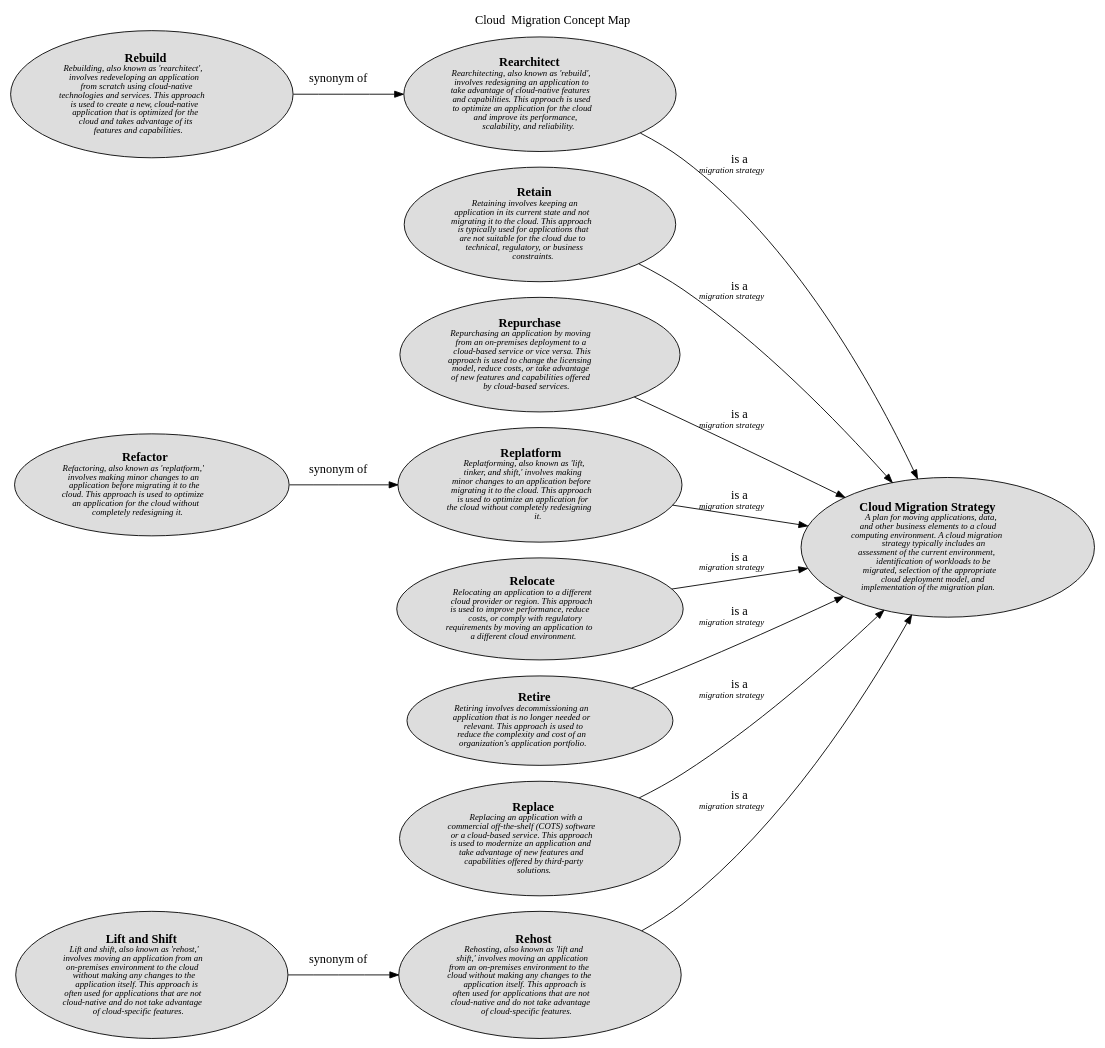
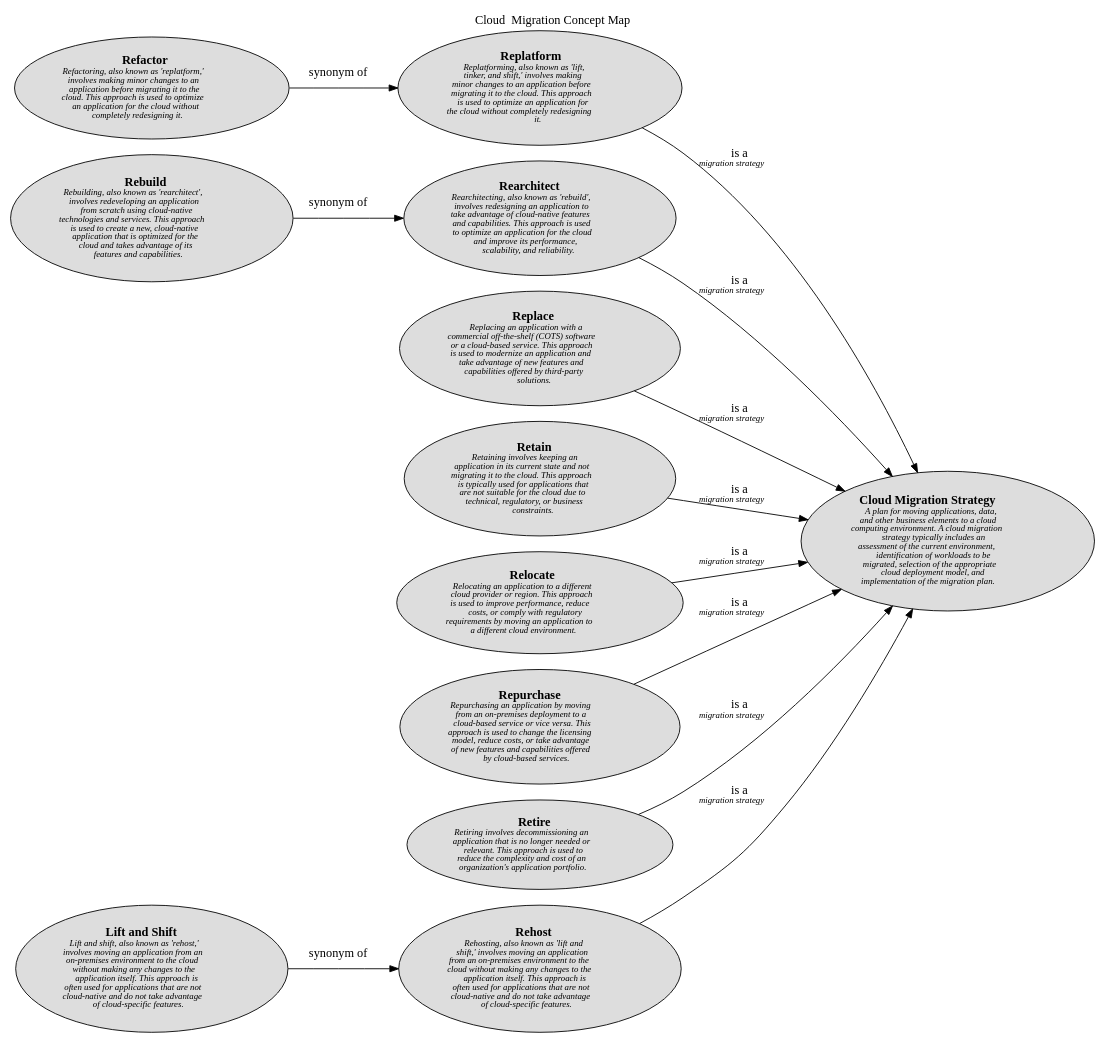
The diagram in docs/software-development/cloud/migration/concept-view.dot (lsolbach/overarch-models), drawn with Graphviz before and after one commit. The commit also changed other lines of this file and 129 other files, not shown here.

```diff
--- a/docs/software-development/cloud/migration/concept-view.dot
+++ b/docs/software-development/cloud/migration/concept-view.dot
@@ -1,34 +1,34 @@
 digraph "Cloud  Migration Concept Map" {
   labelloc= "t"
   label="Cloud  Migration Concept Map"
   rankdir="LR"
 
   layout=dot
+software_development_cloud_migration__refactor [shape=ellipse style=filled fillcolor="#dddddd" label=<<B>Refactor</B><BR/><FONT POINT-SIZE="10"><I>Refactoring, also known as &apos;replatform,&apos;<BR/>involves making minor changes to an<BR/>application before migrating it to the<BR/>cloud. This approach is used to optimize<BR/>an application for the cloud without<BR/>completely redesigning it. </I></FONT>>]
+software_development_cloud_migration__replatform [shape=ellipse style=filled fillcolor="#dddddd" label=<<B>Replatform</B><BR/><FONT POINT-SIZE="10"><I>Replatforming, also known as &apos;lift,<BR/>tinker, and shift,&apos; involves making<BR/>minor changes to an application before<BR/>migrating it to the cloud. This approach<BR/>is used to optimize an application for<BR/>the cloud without completely redesigning<BR/>it. </I></FONT>>]
+software_development_cloud_migration__rebuild [shape=ellipse style=filled fillcolor="#dddddd" label=<<B>Rebuild</B><BR/><FONT POINT-SIZE="10"><I>Rebuilding, also known as &apos;rearchitect&apos;,<BR/>involves redeveloping an application<BR/>from scratch using cloud-native<BR/>technologies and services. This approach<BR/>is used to create a new, cloud-native<BR/>application that is optimized for the<BR/>cloud and takes advantage of its<BR/>features and capabilities. </I></FONT>>]
+software_development_cloud_migration__rearchitect [shape=ellipse style=filled fillcolor="#dddddd" label=<<B>Rearchitect</B><BR/><FONT POINT-SIZE="10"><I>Rearchitecting, also known as &apos;rebuild&apos;,<BR/>involves redesigning an application to<BR/>take advantage of cloud-native features<BR/>and capabilities. This approach is used<BR/>to optimize an application for the cloud<BR/>and improve its performance,<BR/>scalability, and reliability. </I></FONT>>]
+software_development_cloud_migration__replace [shape=ellipse style=filled fillcolor="#dddddd" label=<<B>Replace</B><BR/><FONT POINT-SIZE="10"><I>Replacing an application with a<BR/>commercial off-the-shelf (COTS) software<BR/>or a cloud-based service. This approach<BR/>is used to modernize an application and<BR/>take advantage of new features and<BR/>capabilities offered by third-party<BR/>solutions. </I></FONT>>]
+software_development_cloud_migration__retain [shape=ellipse style=filled fillcolor="#dddddd" label=<<B>Retain</B><BR/><FONT POINT-SIZE="10"><I>Retaining involves keeping an<BR/>application in its current state and not<BR/>migrating it to the cloud. This approach<BR/>is typically used for applications that<BR/>are not suitable for the cloud due to<BR/>technical, regulatory, or business<BR/>constraints. </I></FONT>>]
+software_development_cloud_migration__relocate [shape=ellipse style=filled fillcolor="#dddddd" label=<<B>Relocate</B><BR/><FONT POINT-SIZE="10"><I>Relocating an application to a different<BR/>cloud provider or region. This approach<BR/>is used to improve performance, reduce<BR/>costs, or comply with regulatory<BR/>requirements by moving an application to<BR/>a different cloud environment. </I></FONT>>]
+software_development_cloud_migration__lift_and_shift [shape=ellipse style=filled fillcolor="#dddddd" label=<<B>Lift and Shift</B><BR/><FONT POINT-SIZE="10"><I>Lift and shift, also known as &apos;rehost,&apos;<BR/>involves moving an application from an<BR/>on-premises environment to the cloud<BR/>without making any changes to the<BR/>application itself. This approach is<BR/>often used for applications that are not<BR/>cloud-native and do not take advantage<BR/>of cloud-specific features. </I></FONT>>]
+software_development_cloud_migration__repurchase [shape=ellipse style=filled fillcolor="#dddddd" label=<<B>Repurchase</B><BR/><FONT POINT-SIZE="10"><I>Repurchasing an application by moving<BR/>from an on-premises deployment to a<BR/>cloud-based service or vice versa. This<BR/>approach is used to change the licensing<BR/>model, reduce costs, or take advantage<BR/>of new features and capabilities offered<BR/>by cloud-based services. </I></FONT>>]
+software_development_cloud_migration__retire [shape=ellipse style=filled fillcolor="#dddddd" label=<<B>Retire</B><BR/><FONT POINT-SIZE="10"><I>Retiring involves decommissioning an<BR/>application that is no longer needed or<BR/>relevant. This approach is used to<BR/>reduce the complexity and cost of an<BR/>organization&apos;s application portfolio. </I></FONT>>]
 software_development_cloud_migration__rehost [shape=ellipse style=filled fillcolor="#dddddd" label=<<B>Rehost</B><BR/><FONT POINT-SIZE="10"><I>Rehosting, also known as &apos;lift and<BR/>shift,&apos; involves moving an application<BR/>from an on-premises environment to the<BR/>cloud without making any changes to the<BR/>application itself. This approach is<BR/>often used for applications that are not<BR/>cloud-native and do not take advantage<BR/>of cloud-specific features. </I></FONT>>]
-software_development_cloud_migration__rearchitect [shape=ellipse style=filled fillcolor="#dddddd" label=<<B>Rearchitect</B><BR/><FONT POINT-SIZE="10"><I>Rearchitecting, also known as &apos;rebuild&apos;,<BR/>involves redesigning an application to<BR/>take advantage of cloud-native features<BR/>and capabilities. This approach is used<BR/>to optimize an application for the cloud<BR/>and improve its performance,<BR/>scalability, and reliability. </I></FONT>>]
-software_development_cloud_migration__lift_and_shift [shape=ellipse style=filled fillcolor="#dddddd" label=<<B>Lift and Shift</B><BR/><FONT POINT-SIZE="10"><I>Lift and shift, also known as &apos;rehost,&apos;<BR/>involves moving an application from an<BR/>on-premises environment to the cloud<BR/>without making any changes to the<BR/>application itself. This approach is<BR/>often used for applications that are not<BR/>cloud-native and do not take advantage<BR/>of cloud-specific features. </I></FONT>>]
-software_development_cloud_migration__rebuild [shape=ellipse style=filled fillcolor="#dddddd" label=<<B>Rebuild</B><BR/><FONT POINT-SIZE="10"><I>Rebuilding, also known as &apos;rearchitect&apos;,<BR/>involves redeveloping an application<BR/>from scratch using cloud-native<BR/>technologies and services. This approach<BR/>is used to create a new, cloud-native<BR/>application that is optimized for the<BR/>cloud and takes advantage of its<BR/>features and capabilities. </I></FONT>>]
 software_development_cloud__cloud_migration_strategy [shape=ellipse style=filled fillcolor="#dddddd" label=<<B>Cloud Migration Strategy</B><BR/><FONT POINT-SIZE="10"><I>A plan for moving applications, data,<BR/>and other business elements to a cloud<BR/>computing environment. A cloud migration<BR/>strategy typically includes an<BR/>assessment of the current environment,<BR/>identification of workloads to be<BR/>migrated, selection of the appropriate<BR/>cloud deployment model, and<BR/>implementation of the migration plan. </I></FONT>>]
-software_development_cloud_migration__retain [shape=ellipse style=filled fillcolor="#dddddd" label=<<B>Retain</B><BR/><FONT POINT-SIZE="10"><I>Retaining involves keeping an<BR/>application in its current state and not<BR/>migrating it to the cloud. This approach<BR/>is typically used for applications that<BR/>are not suitable for the cloud due to<BR/>technical, regulatory, or business<BR/>constraints. </I></FONT>>]
-software_development_cloud_migration__refactor [shape=ellipse style=filled fillcolor="#dddddd" label=<<B>Refactor</B><BR/><FONT POINT-SIZE="10"><I>Refactoring, also known as &apos;replatform,&apos;<BR/>involves making minor changes to an<BR/>application before migrating it to the<BR/>cloud. This approach is used to optimize<BR/>an application for the cloud without<BR/>completely redesigning it. </I></FONT>>]
-software_development_cloud_migration__repurchase [shape=ellipse style=filled fillcolor="#dddddd" label=<<B>Repurchase</B><BR/><FONT POINT-SIZE="10"><I>Repurchasing an application by moving<BR/>from an on-premises deployment to a<BR/>cloud-based service or vice versa. This<BR/>approach is used to change the licensing<BR/>model, reduce costs, or take advantage<BR/>of new features and capabilities offered<BR/>by cloud-based services. </I></FONT>>]
-software_development_cloud_migration__replatform [shape=ellipse style=filled fillcolor="#dddddd" label=<<B>Replatform</B><BR/><FONT POINT-SIZE="10"><I>Replatforming, also known as &apos;lift,<BR/>tinker, and shift,&apos; involves making<BR/>minor changes to an application before<BR/>migrating it to the cloud. This approach<BR/>is used to optimize an application for<BR/>the cloud without completely redesigning<BR/>it. </I></FONT>>]
-software_development_cloud_migration__relocate [shape=ellipse style=filled fillcolor="#dddddd" label=<<B>Relocate</B><BR/><FONT POINT-SIZE="10"><I>Relocating an application to a different<BR/>cloud provider or region. This approach<BR/>is used to improve performance, reduce<BR/>costs, or comply with regulatory<BR/>requirements by moving an application to<BR/>a different cloud environment. </I></FONT>>]
-software_development_cloud_migration__retire [shape=ellipse style=filled fillcolor="#dddddd" label=<<B>Retire</B><BR/><FONT POINT-SIZE="10"><I>Retiring involves decommissioning an<BR/>application that is no longer needed or<BR/>relevant. This approach is used to<BR/>reduce the complexity and cost of an<BR/>organization&apos;s application portfolio. </I></FONT>>]
-software_development_cloud_migration__replace [shape=ellipse style=filled fillcolor="#dddddd" label=<<B>Replace</B><BR/><FONT POINT-SIZE="10"><I>Replacing an application with a<BR/>commercial off-the-shelf (COTS) software<BR/>or a cloud-based service. This approach<BR/>is used to modernize an application and<BR/>take advantage of new features and<BR/>capabilities offered by third-party<BR/>solutions. </I></FONT>>]
  
 software_development_cloud_migration__lift_and_shift -> software_development_cloud_migration__rehost [label=<synonym of<BR/><FONT POINT-SIZE="10"><I> </I></FONT>>]
 software_development_cloud_migration__retain -> software_development_cloud__cloud_migration_strategy [label=<is a<BR/><FONT POINT-SIZE="10"><I>migration strategy </I></FONT>>]
 software_development_cloud_migration__relocate -> software_development_cloud__cloud_migration_strategy [label=<is a<BR/><FONT POINT-SIZE="10"><I>migration strategy </I></FONT>>]
 software_development_cloud_migration__replatform -> software_development_cloud__cloud_migration_strategy [label=<is a<BR/><FONT POINT-SIZE="10"><I>migration strategy </I></FONT>>]
 software_development_cloud_migration__refactor -> software_development_cloud_migration__replatform [label=<synonym of<BR/><FONT POINT-SIZE="10"><I> </I></FONT>>]
 software_development_cloud_migration__rearchitect -> software_development_cloud__cloud_migration_strategy [label=<is a<BR/><FONT POINT-SIZE="10"><I>migration strategy </I></FONT>>]
 software_development_cloud_migration__repurchase -> software_development_cloud__cloud_migration_strategy [label=<is a<BR/><FONT POINT-SIZE="10"><I>migration strategy </I></FONT>>]
 software_development_cloud_migration__replace -> software_development_cloud__cloud_migration_strategy [label=<is a<BR/><FONT POINT-SIZE="10"><I>migration strategy </I></FONT>>]
 software_development_cloud_migration__rebuild -> software_development_cloud_migration__rearchitect [label=<synonym of<BR/><FONT POINT-SIZE="10"><I> </I></FONT>>]
 software_development_cloud_migration__rehost -> software_development_cloud__cloud_migration_strategy [label=<is a<BR/><FONT POINT-SIZE="10"><I>migration strategy </I></FONT>>]
 software_development_cloud_migration__retire -> software_development_cloud__cloud_migration_strategy [label=<is a<BR/><FONT POINT-SIZE="10"><I>migration strategy </I></FONT>>]
  
 }
 
 // (generated by Overarch with template views/view.dot.cmb)
```
